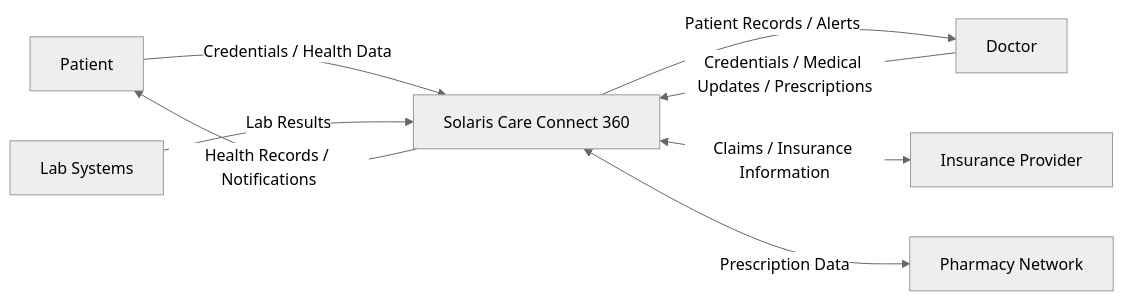
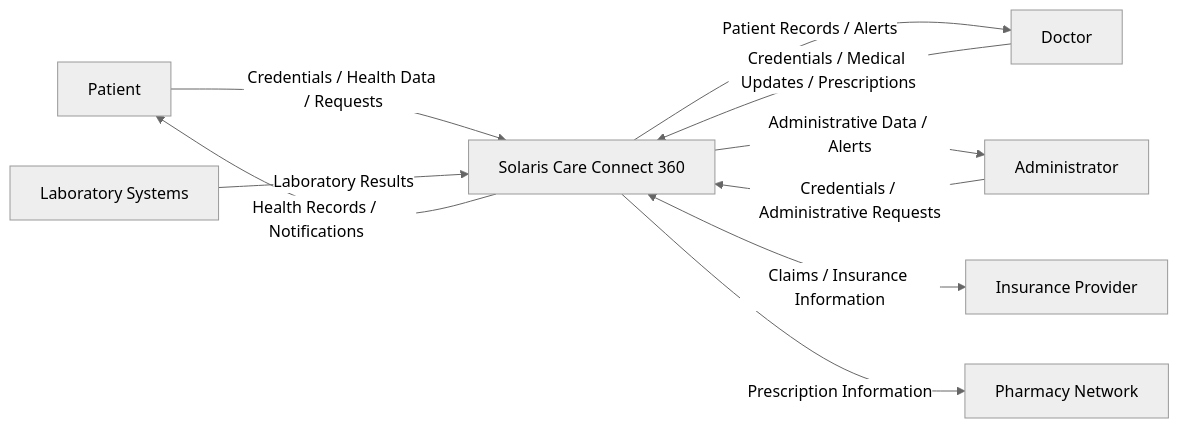
One commit to mshadmana/threatmodellingprojectagoge changed the first of 2 diagrams in Data Flow Diagram.md. Above: the diagram before and after it, drawn with Mermaid (neutral theme). The commit also changed other lines of this file, not shown here.

Commit message:
Update Data Flow Diagram.md

````diff
--- a/Data Flow Diagram.md
+++ b/Data Flow Diagram.md
@@ -9,20 +26,26 @@
 ```mermaid
 flowchart LR
 
     Patient["Patient"]
     Doctor["Doctor"]
+    Admin["Administrator"]
+
     Solaris["Solaris Care Connect 360"]
+
     Insurance["Insurance Provider"]
     Pharmacy["Pharmacy Network"]
-    Lab["Lab Systems"]
+    Lab["Laboratory Systems"]
 
-    Patient -->|"Credentials / Health Data"| Solaris
+    Patient -->|"Credentials / Health Data / Requests"| Solaris
     Solaris -->|"Health Records / Notifications"| Patient
 
     Doctor -->|"Credentials / Medical Updates / Prescriptions"| Solaris
     Solaris -->|"Patient Records / Alerts"| Doctor
 
+    Admin -->|"Credentials / Administrative Requests"| Solaris
+    Solaris -->|"Administrative Data / Alerts"| Admin
+
     Solaris <-->|"Claims / Insurance Information"| Insurance
-    Solaris <-->|"Prescription Data"| Pharmacy
-    Lab -->|"Lab Results"| Solaris
+    Solaris -->|"Prescription Information"| Pharmacy
+    Lab -->|"Laboratory Results"| Solaris
 ```
````
